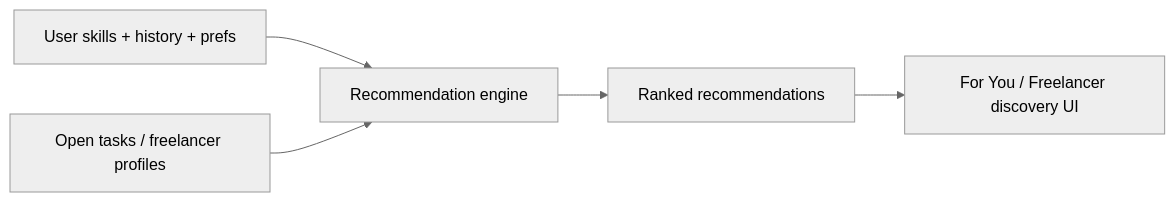
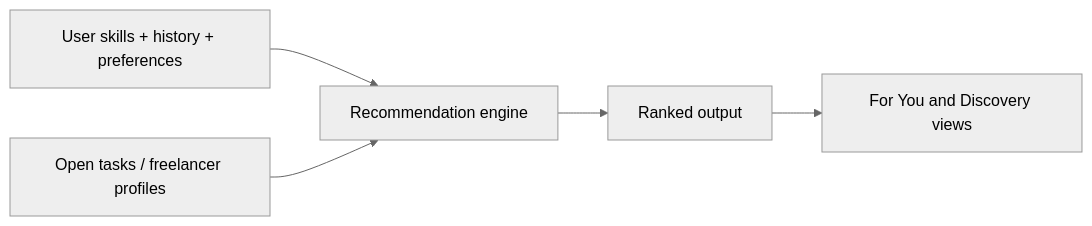
One commit to Menna0Allah/MultiTask-docs changed the fifth of 5 diagrams in docs/architecture.md. Above: the diagram before and after it, drawn with Mermaid (neutral theme). The commit also changed other lines of this file and 10 other files, not shown here.

````diff
--- a/docs/architecture.md
+++ b/docs/architecture.md
@@ -69,7 +93,7 @@
 ```mermaid
 flowchart LR
-  P[User skills + history + prefs] --> R[Recommendation engine]
+  P[User skills + history + preferences] --> R[Recommendation engine]
   T[Open tasks / freelancer profiles] --> R
-  R --> O[Ranked recommendations]
-  O --> UI[For You / Freelancer discovery UI]
+  R --> O[Ranked output]
+  O --> UI[For You and Discovery views]
 ```
````
